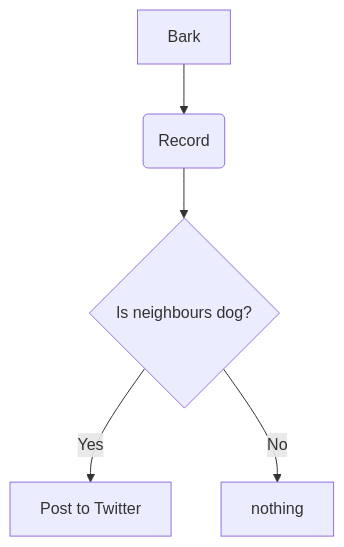
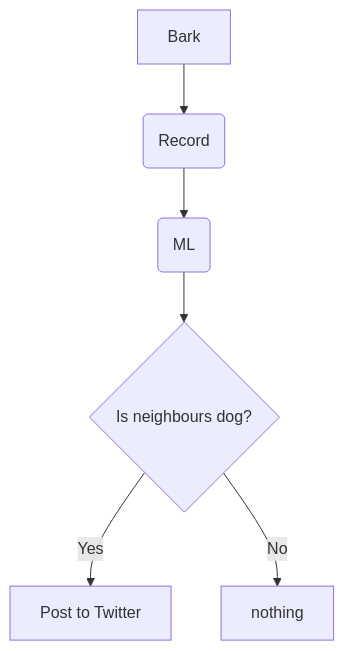
Before and after one commit to peterbb148/vovvov: the diagram in README.md, drawn with Mermaid.

````diff
--- a/README.md
+++ b/README.md
@@ -15,8 +15,7 @@
 ```mermaid
 graph TD
-    A[Bark] --> B(Record)
-    B --> C{Is neighbours dog?}
+    A[Bark] --> B2(Record) --> B3(ML)
+    B3 --> C{Is neighbours dog?}
     C -->|Yes| D[Post to Twitter]
     C -->|No| E[nothing]
-
 ```
````
